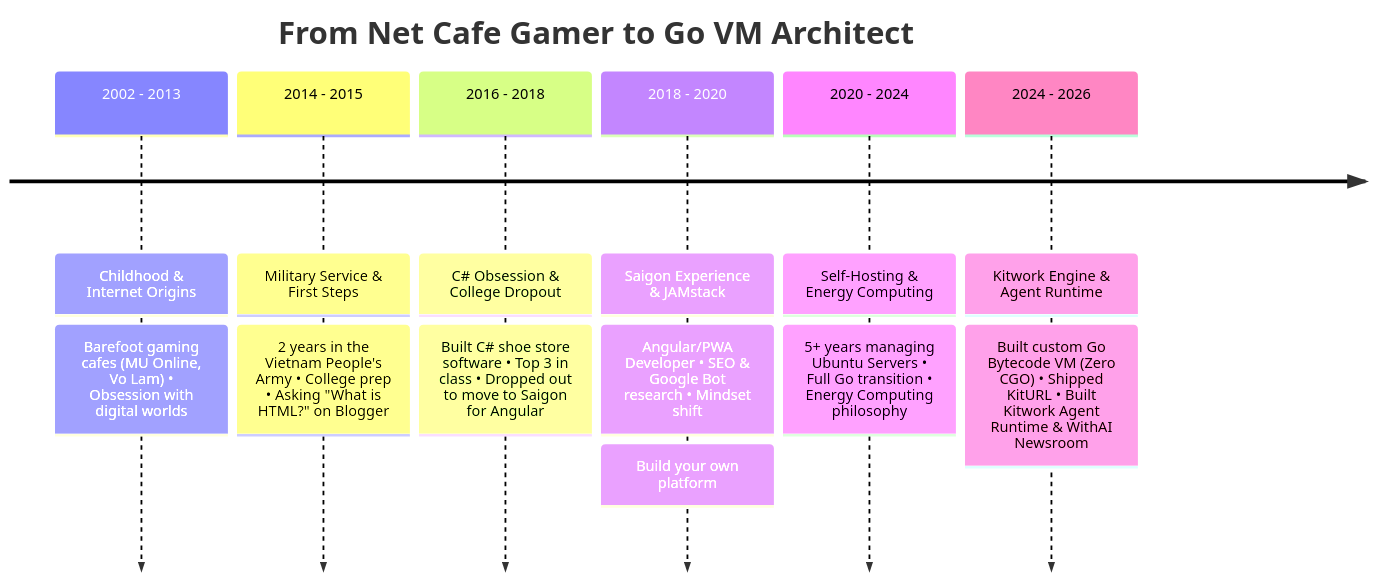
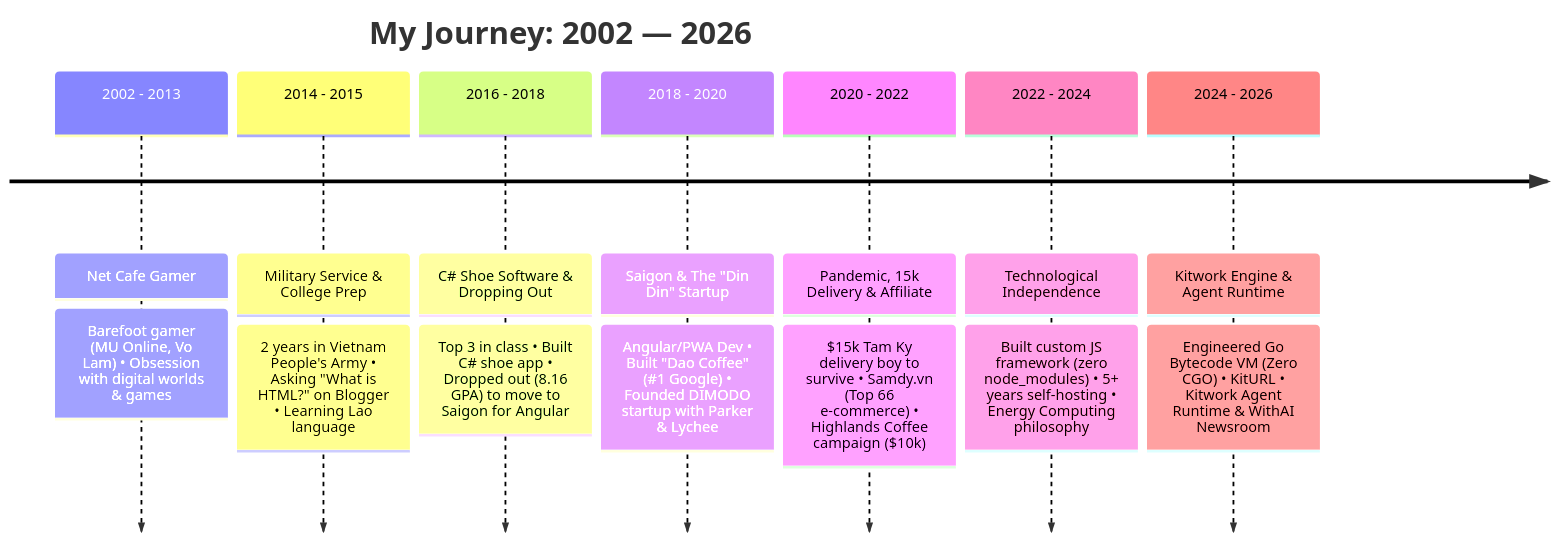
Before and after one commit to huynhnhanquoc/huynhnhanquoc: the diagram in README.md, drawn with Mermaid. The commit also changed other lines of this file and 1 other file, not shown here.

Commit message:
docs: enrich English README.md with full personal stories from readme.html (Dao Coffee, Din Din startup, 15k delivery, Highlands campaign, Energy Computing)

````diff
--- a/README.md
+++ b/README.md
@@ -18,10 +20,11 @@
 ```mermaid
 timeline
-    title From Net Cafe Gamer to Go VM Architect
-    2002 - 2013 : Childhood & Internet Origins : Barefoot gaming cafes (MU Online, Vo Lam) • Obsession with digital worlds
-    2014 - 2015 : Military Service & First Steps : 2 years in the Vietnam People's Army • College prep • Asking "What is HTML?" on Blogger
-    2016 - 2018 : C# Obsession & College Dropout : Built C# shoe store software • Top 3 in class • Dropped out to move to Saigon for Angular
-    2018 - 2020 : Saigon Experience & JAMstack : Angular/PWA Developer • SEO & Google Bot research • Mindset shift: Build your own platform
-    2020 - 2024 : Self-Hosting & Energy Computing : 5+ years managing Ubuntu Servers • Full Go transition • Energy Computing philosophy
-    2024 - 2026 : Kitwork Engine & Agent Runtime : Built custom Go Bytecode VM (Zero CGO) • Shipped KitURL • Built Kitwork Agent Runtime & WithAI Newsroom
+    title My Journey: 2002 — 2026
+    2002 - 2013 : Net Cafe Gamer : Barefoot gamer (MU Online, Vo Lam) • Obsession with digital worlds & games
+    2014 - 2015 : Military Service & College Prep : 2 years in Vietnam People's Army • Asking "What is HTML?" on Blogger • Learning Lao language
+    2016 - 2018 : C# Shoe Software & Dropping Out : Top 3 in class • Built C# shoe app • Dropped out (8.16 GPA) to move to Saigon for Angular
+    2018 - 2020 : Saigon & The "Din Din" Startup : Angular/PWA Dev • Built "Dao Coffee" (#1 Google) • Founded DIMODO startup with Parker & Lychee
+    2020 - 2022 : Pandemic, 15k Delivery & Affiliate : $15k Tam Ky delivery boy to survive • Samdy.vn (Top 66 e-commerce) • Highlands Coffee campaign ($10k)
+    2022 - 2024 : Technological Independence : Built custom JS framework (zero node_modules) • 5+ years self-hosting • Energy Computing philosophy
+    2024 - 2026 : Kitwork Engine & Agent Runtime : Engineered Go Bytecode VM (Zero CGO) • KitURL • Kitwork Agent Runtime & WithAI Newsroom
 ```
````
